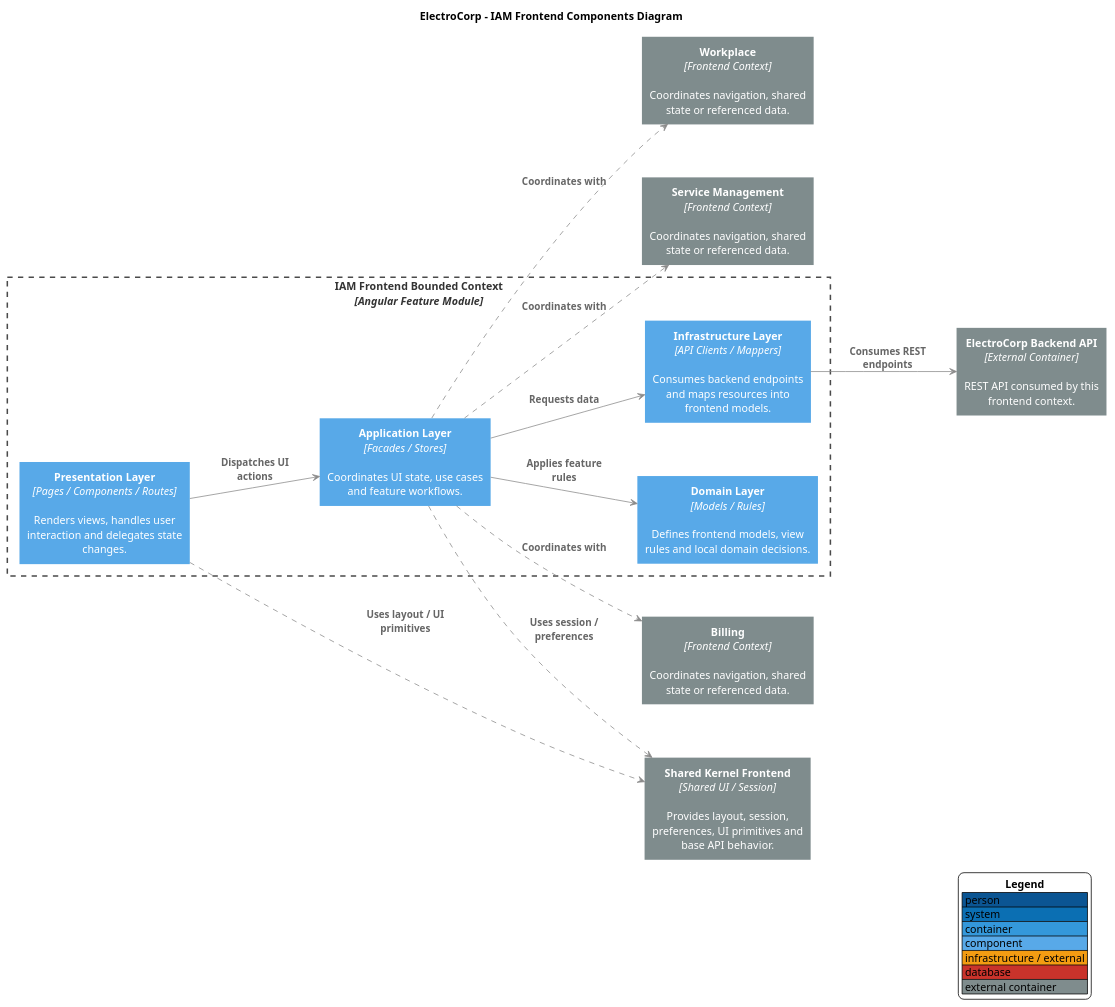
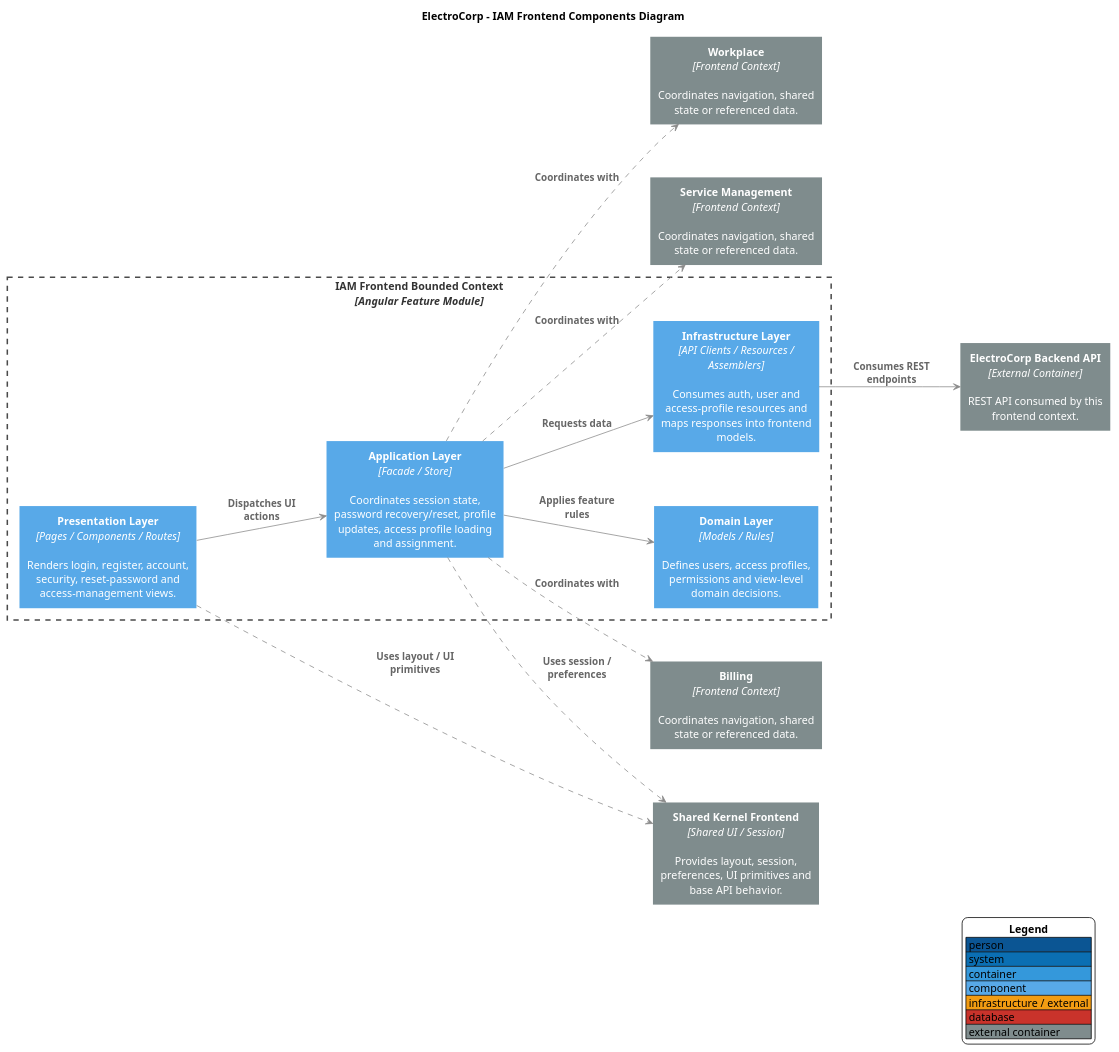
Before and after one commit to upc-pre-202610-1asi0729-11896-ecorp/electrocorp-report: the diagram in docs/diagrams/components/frontend/bounded-contexts/iam-frontend-components.puml, drawn with PlantUML. The commit also changed 34 other files, not shown here.

Commit message:
docs: update final architecture diagrams

```diff
--- a/docs/diagrams/components/frontend/bounded-contexts/iam-frontend-components.puml
+++ b/docs/diagrams/components/frontend/bounded-contexts/iam-frontend-components.puml
@@ -1,93 +1,93 @@
 @startuml
 skinparam backgroundColor #FFFFFF
 skinparam shadowing false
 skinparam defaultFontName Arial
 skinparam defaultTextAlignment center
 skinparam wrapWidth 220
 skinparam maxMessageSize 130
 skinparam nodesep 70
 skinparam ranksep 80
 skinparam ArrowColor #8A8A8A
 skinparam ArrowFontColor #666666
 skinparam ArrowFontStyle bold
 skinparam ArrowThickness 1
 skinparam rectangleRoundCorner 0
 skinparam rectangleBorderThickness 0
 skinparam rectangleFontColor #FFFFFF
 skinparam rectangleFontStyle plain
 skinparam rectangle {
   BorderThickness 0
   MinimumWidth 190
   Padding 12
 }
 skinparam database {
   MinimumWidth 210
   Padding 12
 }
 skinparam rectangle<<SystemBoundary>> {
   BackgroundColor transparent
   BorderColor #4A4A4A
   BorderThickness 2
   BorderStyle dashed
   FontColor #333333
   FontStyle bold
   MinimumWidth 760
   Padding 18
 }
 skinparam rectangle<<BoundedContext>> {
   BackgroundColor transparent
   BorderColor #4A4A4A
   BorderThickness 2
   BorderStyle dashed
   FontColor #333333
   FontStyle bold
   MinimumWidth 760
   Padding 18
 }
 skinparam databaseBackgroundColor #C9332B
 skinparam databaseBorderColor #C9332B
 skinparam databaseFontColor #FFFFFF
 skinparam databaseFontStyle plain
 hide stereotype
 left to right direction
 
 title ElectroCorp - IAM Frontend Components Diagram
 
 rectangle "<b>IAM Frontend Bounded Context</b>\n<i>[Angular Feature Module]</i>" <<BoundedContext>> {
-  rectangle "<b>Presentation Layer</b>\n<i>[Pages / Components / Routes]</i>\n\nRenders views, handles user interaction and delegates state changes." as Presentation #58A9E8
-  rectangle "<b>Application Layer</b>\n<i>[Facades / Stores]</i>\n\nCoordinates UI state, use cases and feature workflows." as Application #58A9E8
-  rectangle "<b>Domain Layer</b>\n<i>[Models / Rules]</i>\n\nDefines frontend models, view rules and local domain decisions." as Domain #58A9E8
-  rectangle "<b>Infrastructure Layer</b>\n<i>[API Clients / Mappers]</i>\n\nConsumes backend endpoints and maps resources into frontend models." as Infrastructure #58A9E8
+  rectangle "<b>Presentation Layer</b>\n<i>[Pages / Components / Routes]</i>\n\nRenders login, register, account, security, reset-password and access-management views." as Presentation #58A9E8
+  rectangle "<b>Application Layer</b>\n<i>[Facade / Store]</i>\n\nCoordinates session state, password recovery/reset, profile updates, access profile loading and assignment." as Application #58A9E8
+  rectangle "<b>Domain Layer</b>\n<i>[Models / Rules]</i>\n\nDefines users, access profiles, permissions and view-level domain decisions." as Domain #58A9E8
+  rectangle "<b>Infrastructure Layer</b>\n<i>[API Clients / Resources / Assemblers]</i>\n\nConsumes auth, user and access-profile resources and maps responses into frontend models." as Infrastructure #58A9E8
 }
 rectangle "<b>ElectroCorp Backend API</b>\n<i>[External Container]</i>\n\nREST API consumed by this frontend context." as Backend #7F8C8D
 rectangle "<b>Shared Kernel Frontend</b>\n<i>[Shared UI / Session]</i>\n\nProvides layout, session, preferences, UI primitives and base API behavior." as Shared #7F8C8D
 rectangle "<b>Billing</b>\n<i>[Frontend Context]</i>\n\nCoordinates navigation, shared state or referenced data." as Dep0 #7F8C8D
 rectangle "<b>Workplace</b>\n<i>[Frontend Context]</i>\n\nCoordinates navigation, shared state or referenced data." as Dep1 #7F8C8D
 rectangle "<b>Service Management</b>\n<i>[Frontend Context]</i>\n\nCoordinates navigation, shared state or referenced data." as Dep2 #7F8C8D
 
 Presentation --> Application : Dispatches UI actions
 Application --> Domain : Applies feature rules
 Application --> Infrastructure : Requests data
 Infrastructure --> Backend : Consumes REST endpoints
 Presentation ..> Shared : Uses layout / UI primitives
 Application ..> Shared : Uses session / preferences
 Application ..> Dep0 : Coordinates with
 Application ..> Dep1 : Coordinates with
 Application ..> Dep2 : Coordinates with
 
 Presentation -[hidden]right- Application
 Application -[hidden]right- Domain
 Domain -[hidden]right- Infrastructure
 
 legend right
   <b>Legend</b>
   |<#0B5593> person |
   |<#0B6FB3> system |
   |<#3498DB> container |
   |<#58A9E8> component |
   |<#F39C12> infrastructure / external |
   |<#C9332B> database |
   |<#7F8C8D> external container |
 endlegend
 
 @enduml
```
